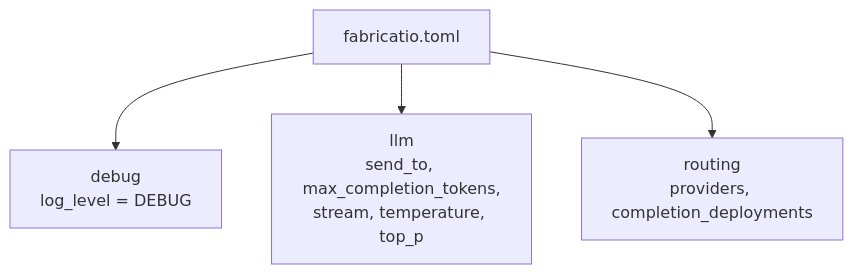
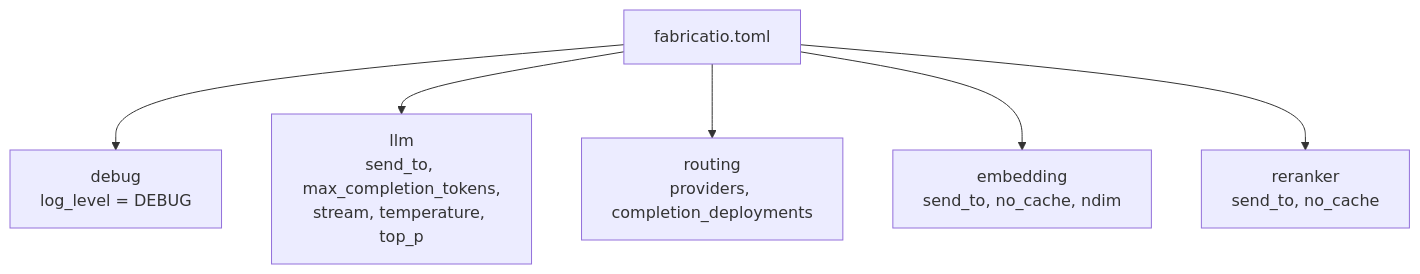
One commit to Whth/fabricatio changed the fifth of 17 diagrams in docs/source/rust-crates.rst. Above: the diagram before and after it, drawn with Mermaid.

Commit message:
docs(sphinx): add embedding and reranker nodes to config flowchart

```diff
--- a/docs/source/rust-crates.rst
+++ b/docs/source/rust-crates.rst
@@ -164,10 +164,14 @@
 .. mermaid::
 
    flowchart TD
    config["fabricatio.toml"]
    debug["debug\nlog_level = DEBUG"]
    llm["llm\nsend_to, max_completion_tokens,\nstream, temperature, top_p"]
    routing["routing\nproviders, completion_deployments"]
    config --> debug
    config --> llm
    config --> routing
+   embedding["embedding\nsend_to, no_cache, ndim"]
+   reranker["reranker\nsend_to, no_cache"]
+   config --> embedding
+   config --> reranker
```
